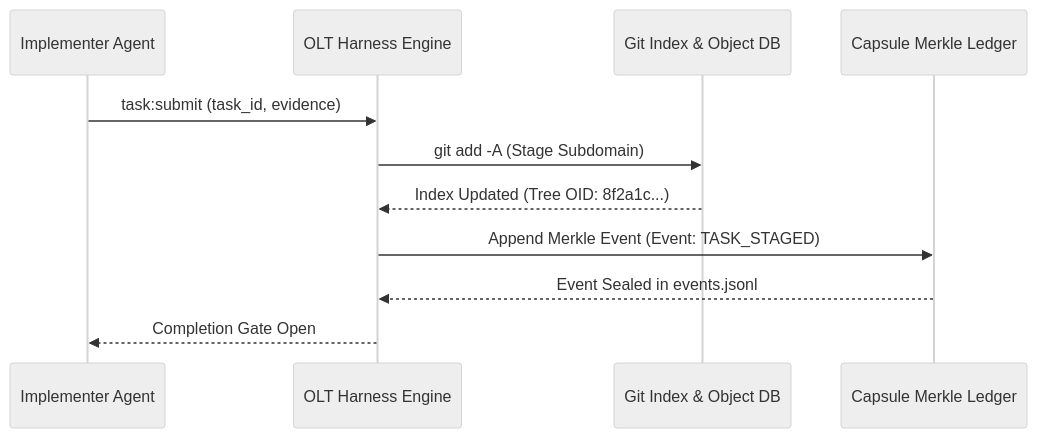
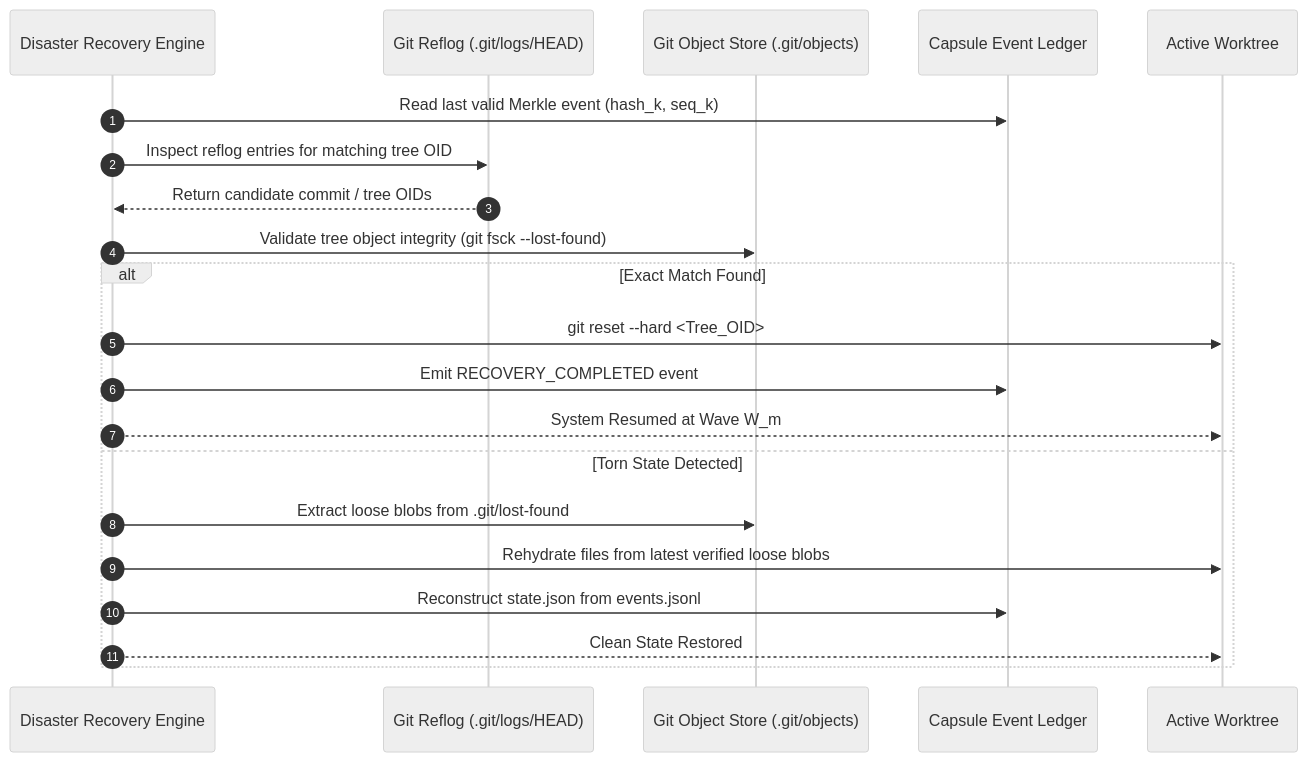
The diagram in docs/olt/architecture/01-foundations/01-04-reflog-safety-and-git-staging.md (onurseckin/skills), drawn with Mermaid (neutral theme) before and after one commit. The commit also changed other lines of this file and 163 other files, not shown here.

````diff
--- a/docs/olt/architecture/01-foundations/01-04-reflog-safety-and-git-staging.md
+++ b/docs/olt/architecture/01-foundations/01-04-reflog-safety-and-git-staging.md
@@ -56,14 +114,24 @@
 ```mermaid
 sequenceDiagram
-    participant Worker as Implementer Agent
-    participant Harness as OLT Harness Engine
-    participant Git as Git Index & Object DB
-    participant Capsule as Capsule Merkle Ledger
+    autonumber
+    participant Engine as Disaster Recovery Engine
+    participant Reflog as Git Reflog (.git/logs/HEAD)
+    participant Objects as Git Object Store (.git/objects)
+    participant Ledger as Capsule Event Ledger
+    participant Worktree as Active Worktree
 
-    Worker->>Harness: task:submit (task_id, evidence)
-    Harness->>Git: git add -A (Stage Subdomain)
-    Git-->>Harness: Index Updated (Tree OID: 8f2a1c...)
-    Harness->>Capsule: Append Merkle Event (Event: TASK_STAGED)
-    Capsule-->>Harness: Event Sealed in events.jsonl
-    Harness-->>Worker: Completion Gate Open
+    Engine->>Ledger: Read last valid Merkle event (hash_k, seq_k)
+    Engine->>Reflog: Inspect reflog entries for matching tree OID
+    Reflog-->>Engine: Return candidate commit / tree OIDs
+    Engine->>Objects: Validate tree object integrity (git fsck --lost-found)
+    alt Exact Match Found
+        Engine->>Worktree: git reset --hard <Tree_OID>
+        Engine->>Ledger: Emit RECOVERY_COMPLETED event
+        Engine-->>Worktree: System Resumed at Wave W_m
+    else Torn State Detected
+        Engine->>Objects: Extract loose blobs from .git/lost-found
+        Engine->>Worktree: Rehydrate files from latest verified loose blobs
+        Engine->>Ledger: Reconstruct state.json from events.jsonl
+        Engine-->>Worktree: Clean State Restored
+    end
 ```
````
